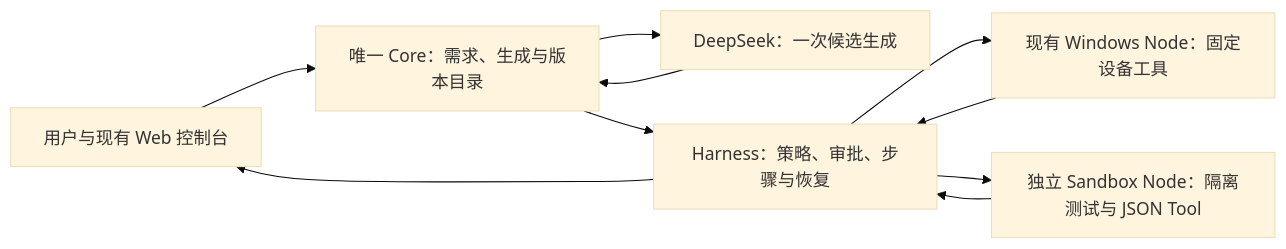
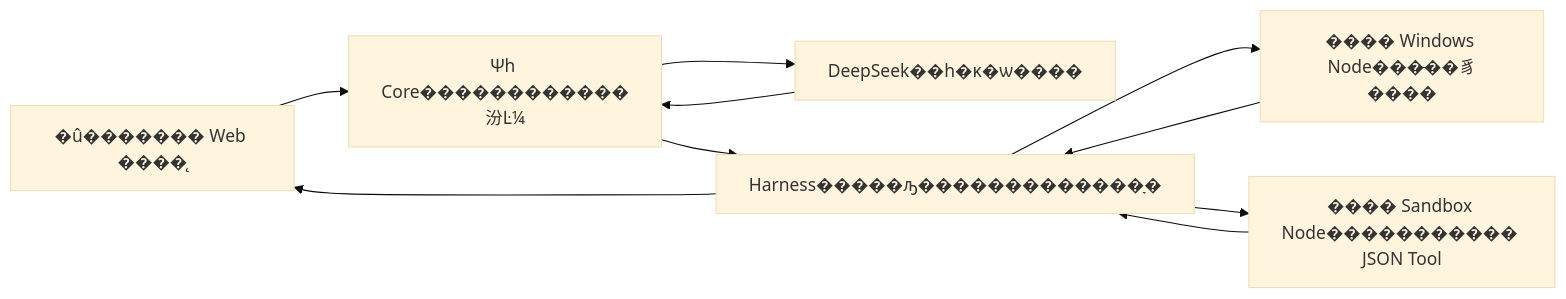
The third of 3 diagrams in docs/ARCHITECTURE.md (jxt159753/nexus), drawn with Mermaid (base theme) before and after one commit. The commit also changed other lines of this file and 47 other files, not shown here.

Commit message:
feat: default workspace tools, bounded web search/fetch, and batch tool-call fixes

````diff
--- a/docs/ARCHITECTURE.md
+++ b/docs/ARCHITECTURE.md
@@ -549,12 +549,12 @@
 ```mermaid
 flowchart LR
-    U[用户与现有 Web 控制台] --> C[唯一 Core：需求、生成与版本目录]
-    C --> M[DeepSeek：一次候选生成]
+    U[�û������� Web ����̨] --> C[Ψһ Core������������汾Ŀ¼]
+    C --> M[DeepSeek��һ�κ�ѡ����]
     M --> C
-    C --> H[Harness：策略、审批、步骤与恢复]
-    H --> W[现有 Windows Node：固定设备工具]
-    H --> S[独立 Sandbox Node：隔离测试与 JSON Tool]
+    C --> H[Harness�����ԡ�������������ָ�]
+    H --> W[���� Windows Node���̶��豸����]
+    H --> S[���� Sandbox Node����������� JSON Tool]
     W --> H
     S --> H
     H --> U
 ```
````
